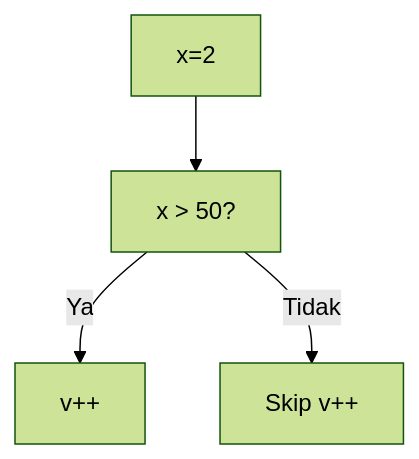
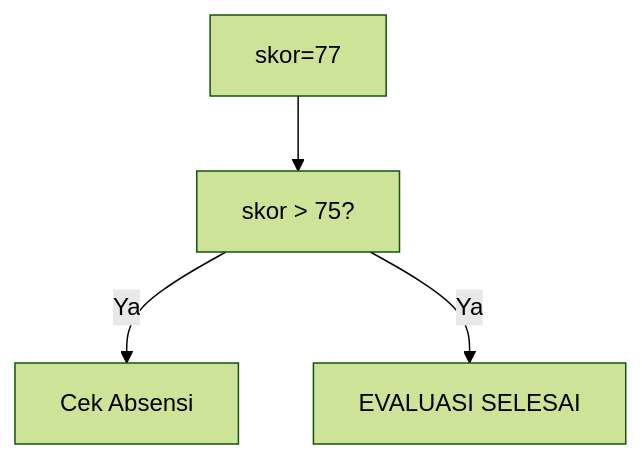
One commit to amnahwaida/OSNK_INF_PREP changed diagram 14 of 25 in part-c-pemahaman-cpp/02-percabangan/latihan/set-09.md. Above: the diagram before and after it, drawn with Mermaid (forest theme). The commit also changed other lines of this file and 71 other files, not shown here.

````diff
--- a/part-c-pemahaman-cpp/02-percabangan/latihan/set-09.md
+++ b/part-c-pemahaman-cpp/02-percabangan/latihan/set-09.md
@@ -387,6 +404,6 @@
 ```mermaid
 graph TD
-A["x=2"] --> B["x > 50?"]
-B -- Ya --> C["v++"]
-B -- Tidak --> D["Skip v++"]
+A["skor=77"] --> B["skor > 75?"]
+B -- Ya --> C["Cek Absensi"]
+B -- Ya --> D["EVALUASI SELESAI"]
 ```
````
